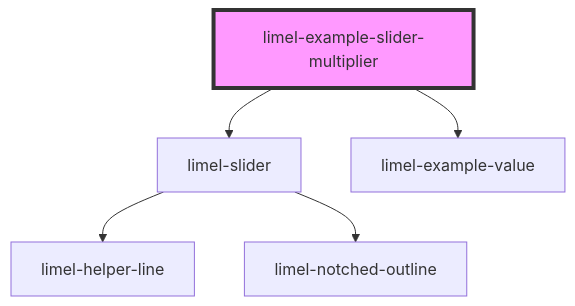
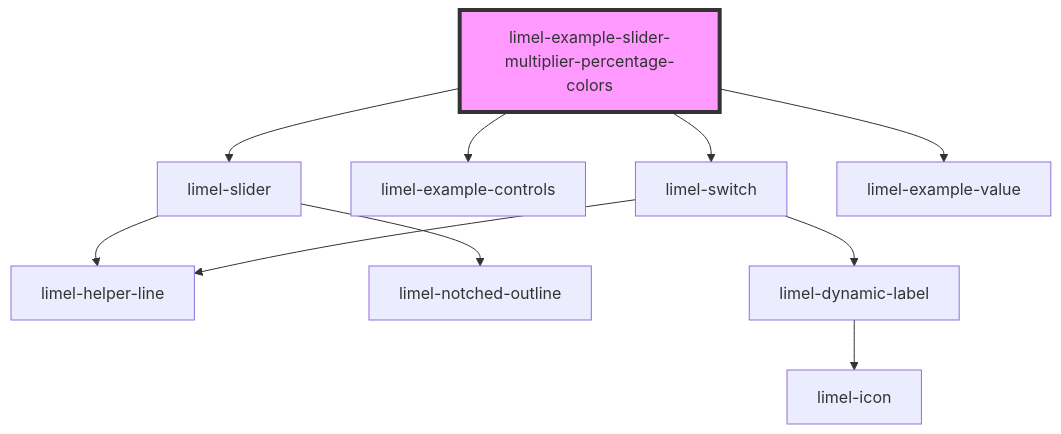
One commit to Lundalogik/lime-elements changed the diagram in versions/PR-3964/markdown-docs/components/slider/examples/readme.md. Above: the diagram before and after it, drawn with Mermaid. The commit also changed other lines of this file and 97 other files, not shown here.

````diff
--- a/versions/PR-3964/markdown-docs/components/slider/examples/readme.md
+++ b/versions/PR-3964/markdown-docs/components/slider/examples/readme.md
@@ -22,8 +25,13 @@
 ```mermaid
 graph TD;
-  limel-example-slider-multiplier --> limel-slider
-  limel-example-slider-multiplier --> limel-example-value
+  limel-example-slider-multiplier-percentage-colors --> limel-slider
+  limel-example-slider-multiplier-percentage-colors --> limel-example-controls
+  limel-example-slider-multiplier-percentage-colors --> limel-switch
+  limel-example-slider-multiplier-percentage-colors --> limel-example-value
   limel-slider --> limel-helper-line
   limel-slider --> limel-notched-outline
-  style limel-example-slider-multiplier fill:#f9f,stroke:#333,stroke-width:4px
+  limel-switch --> limel-dynamic-label
+  limel-switch --> limel-helper-line
+  limel-dynamic-label --> limel-icon
+  style limel-example-slider-multiplier-percentage-colors fill:#f9f,stroke:#333,stroke-width:4px
 ```
````
